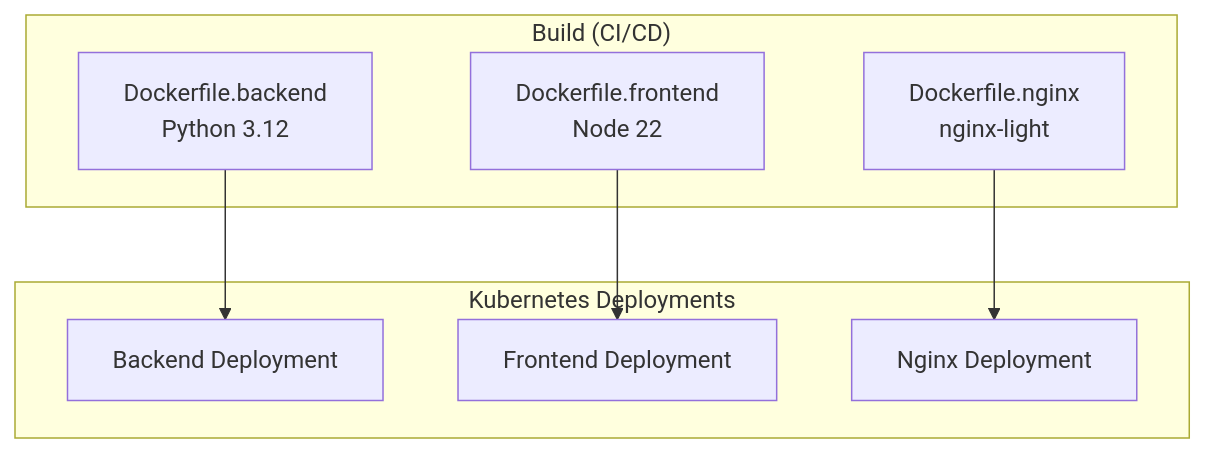
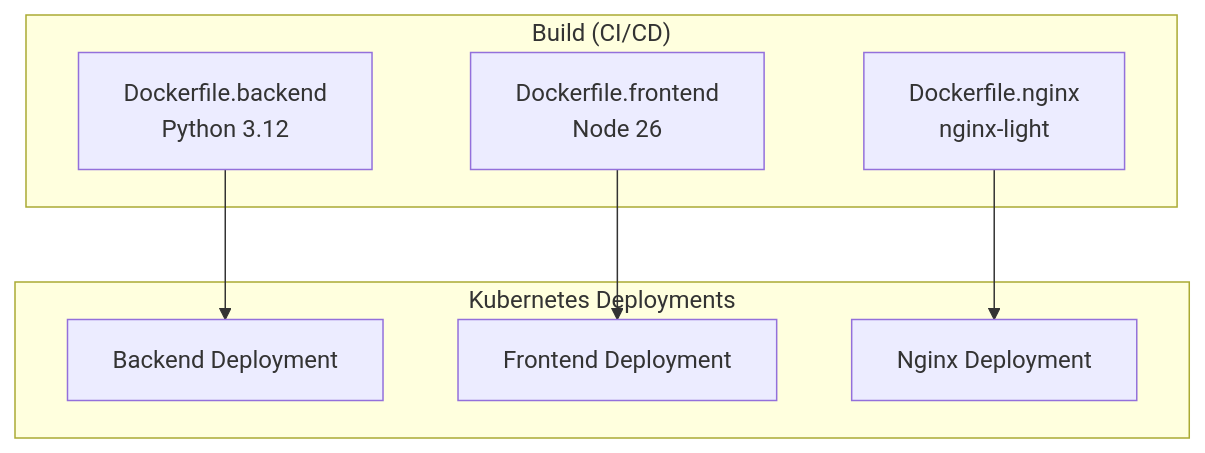
One commit to berserkhmdvhb/fullstack_template changed the first of 3 diagrams in wiki/containerization.md. Above: the diagram before and after it, drawn with Mermaid. The commit also changed other lines of this file and 17 other files, not shown here.

Commit message:
build(frontend): move Node to the 26 Active LTS

````diff
--- a/wiki/containerization.md
+++ b/wiki/containerization.md
@@ -28,18 +28,18 @@
 ```mermaid
 flowchart TB
     subgraph Build["Build (CI/CD)"]
         BackendBuild["Dockerfile.backend<br/>Python 3.12"]
-        FrontendBuild["Dockerfile.frontend<br/>Node 22"]
+        FrontendBuild["Dockerfile.frontend<br/>Node 26"]
         NginxBuild["Dockerfile.nginx<br/>nginx-light"]
     end
 
     subgraph K8s["Kubernetes Deployments"]
         Backend["Backend Deployment"]
         Frontend["Frontend Deployment"]
         Nginx["Nginx Deployment"]
     end
 
     BackendBuild --> Backend
     FrontendBuild --> Frontend
     NginxBuild --> Nginx
 ```
````
